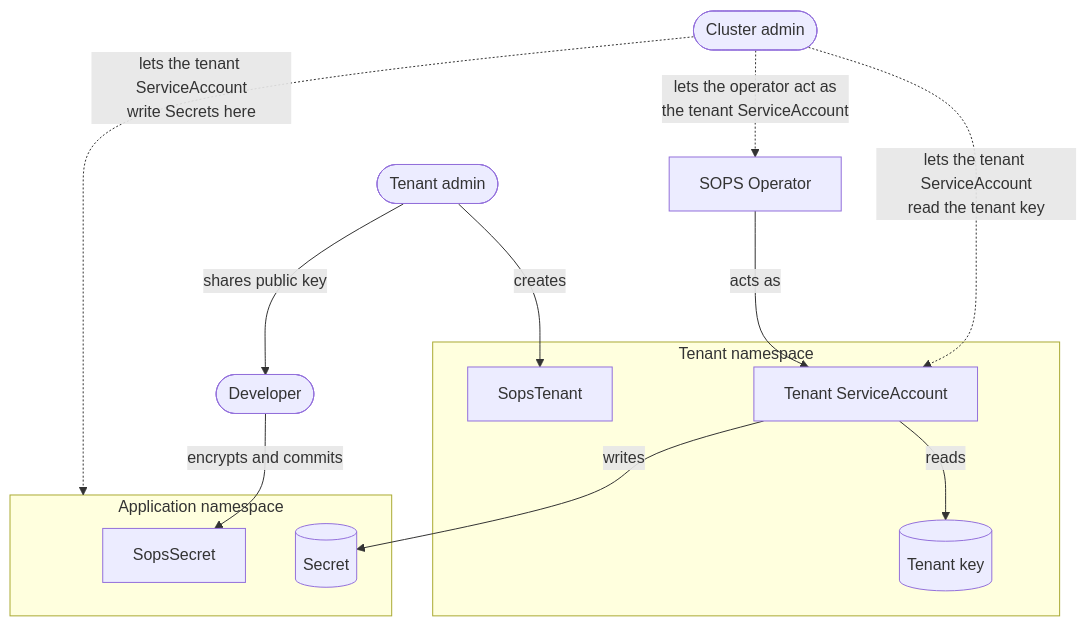
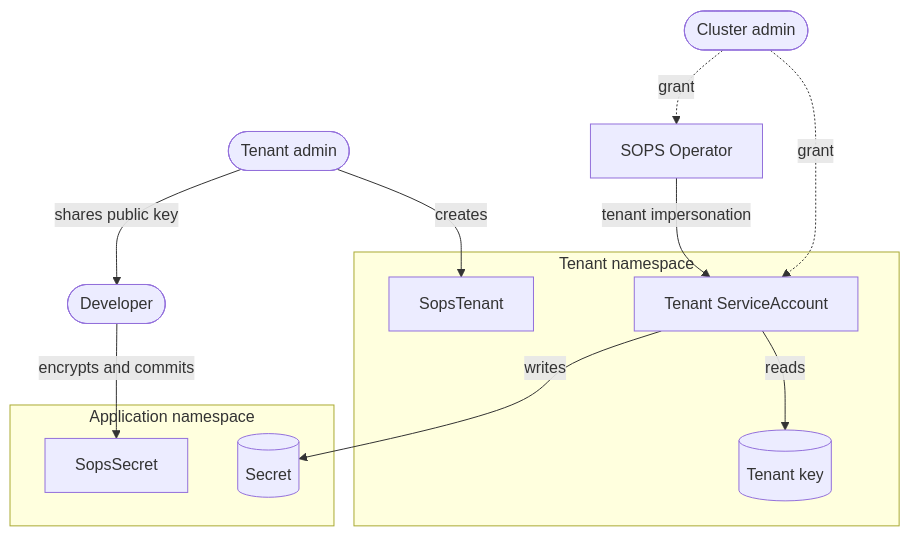
Before and after one commit to stakater/sops-operator: the diagram in README.md, drawn with Mermaid.

Commit message:
docs: README diagram uses short grant and impersonation labels

````diff
--- a/README.md
+++ b/README.md
@@ -110,29 +110,28 @@
 ```mermaid
 flowchart TB
     CA(["Cluster admin"])
     TA(["Tenant admin"])
     DEV(["Developer"])
 
     OP["SOPS Operator"]
 
     subgraph TNS["Tenant namespace"]
         TEN["SopsTenant"]
         SA["Tenant ServiceAccount"]
         KEY[("Tenant key")]
     end
 
     subgraph APP["Application namespace"]
         SS["SopsSecret"]
         OUT[("Secret")]
     end
 
-    CA -.->|"lets the operator act as<br/>the tenant ServiceAccount"| OP
-    CA -.->|"lets the tenant ServiceAccount<br/>read the tenant key"| SA
-    CA -.->|"lets the tenant ServiceAccount<br/>write Secrets here"| APP
+    CA -.->|grant| OP
+    CA -.->|grant| SA
     TA -->|creates| TEN
     TA -->|"shares public key"| DEV
     DEV -->|"encrypts and commits"| SS
-    OP -->|"acts as"| SA
+    OP -->|"tenant impersonation"| SA
     SA -->|reads| KEY
     SA -->|writes| OUT
 ```
````
